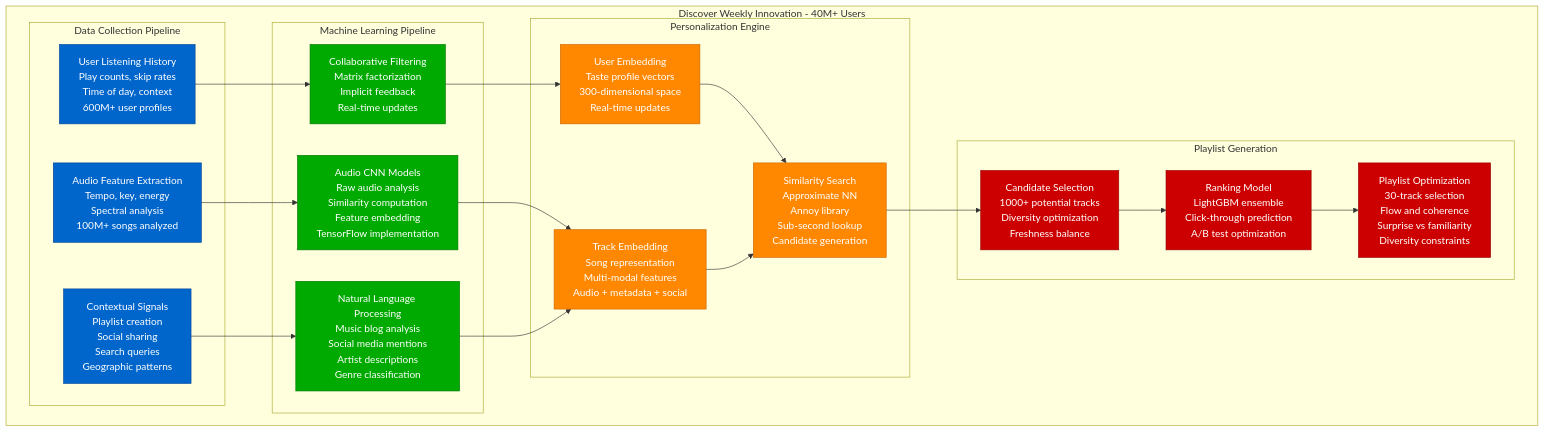
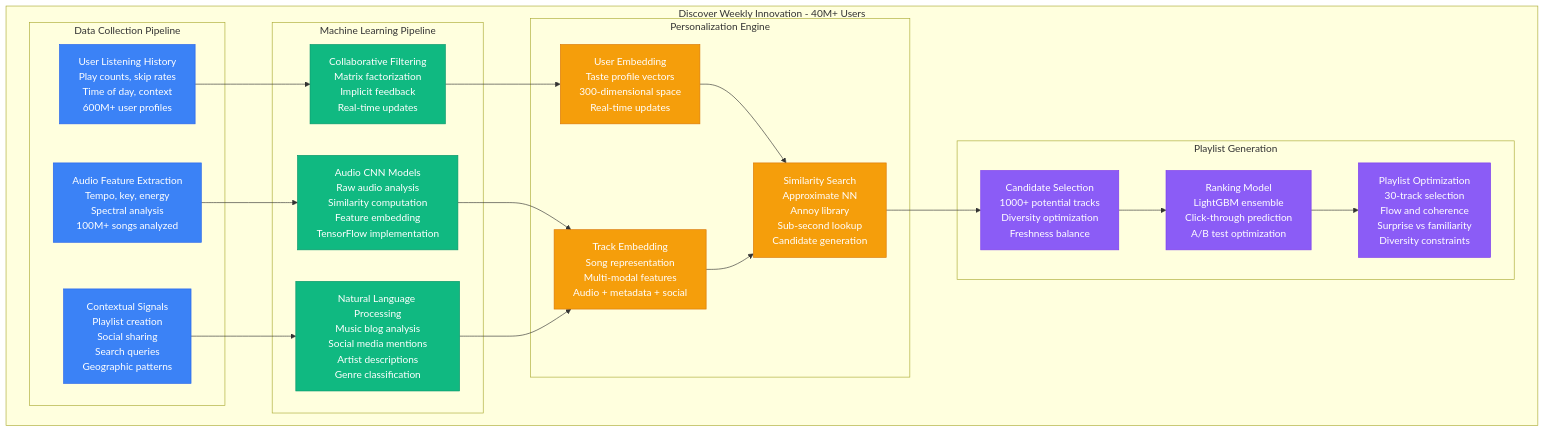
The fourth of 5 diagrams in site/docs/systems/spotify/novel-solutions.md (deepaucksharma/DS), drawn with Mermaid before and after one commit. The commit also changed other lines of this file and 303 other files, not shown here.

````diff
--- a/site/docs/systems/spotify/novel-solutions.md
+++ b/site/docs/systems/spotify/novel-solutions.md
@@ -217,61 +217,61 @@
 ```mermaid
 graph TB
     subgraph DiscoverWeekly[Discover Weekly Innovation - 40M+ Users]
         subgraph DataCollection[Data Collection Pipeline]
             ListeningData[User Listening History<br/>Play counts, skip rates<br/>Time of day, context<br/>600M+ user profiles]
 
             AudioAnalysis[Audio Feature Extraction<br/>Tempo, key, energy<br/>Spectral analysis<br/>100M+ songs analyzed]
 
             ContextualData[Contextual Signals<br/>Playlist creation<br/>Social sharing<br/>Search queries<br/>Geographic patterns]
         end
 
         subgraph MLPipeline[Machine Learning Pipeline]
             CollabFiltering[Collaborative Filtering<br/>Matrix factorization<br/>Implicit feedback<br/>Real-time updates]
 
             NLP[Natural Language Processing<br/>Music blog analysis<br/>Social media mentions<br/>Artist descriptions<br/>Genre classification]
 
             AudioCNN[Audio CNN Models<br/>Raw audio analysis<br/>Similarity computation<br/>Feature embedding<br/>TensorFlow implementation]
         end
 
         subgraph Personalization[Personalization Engine]
             UserEmbedding[User Embedding<br/>Taste profile vectors<br/>300-dimensional space<br/>Real-time updates]
 
             TrackEmbedding[Track Embedding<br/>Song representation<br/>Multi-modal features<br/>Audio + metadata + social]
 
             SimilaritySearch[Similarity Search<br/>Approximate NN<br/>Annoy library<br/>Sub-second lookup<br/>Candidate generation]
         end
 
         subgraph PlaylistGeneration[Playlist Generation]
             CandidateSelection[Candidate Selection<br/>1000+ potential tracks<br/>Diversity optimization<br/>Freshness balance]
 
             RankingModel[Ranking Model<br/>LightGBM ensemble<br/>Click-through prediction<br/>A/B test optimization]
 
             PlaylistOptimization[Playlist Optimization<br/>30-track selection<br/>Flow and coherence<br/>Surprise vs familiarity<br/>Diversity constraints]
         end
     end
 
     ListeningData --> CollabFiltering
     AudioAnalysis --> AudioCNN
     ContextualData --> NLP
 
     CollabFiltering --> UserEmbedding
     AudioCNN --> TrackEmbedding
     NLP --> TrackEmbedding
 
     UserEmbedding --> SimilaritySearch
     TrackEmbedding --> SimilaritySearch
     SimilaritySearch --> CandidateSelection
 
     CandidateSelection --> RankingModel
     RankingModel --> PlaylistOptimization
 
-    classDef dataStyle fill:#0066CC,stroke:#004499,color:#fff
-    classDef mlStyle fill:#00AA00,stroke:#007700,color:#fff
-    classDef personalStyle fill:#FF8800,stroke:#CC6600,color:#fff
-    classDef playlistStyle fill:#CC0000,stroke:#990000,color:#fff
+    classDef dataStyle fill:#3B82F6,stroke:#2563EB,color:#fff
+    classDef mlStyle fill:#10B981,stroke:#059669,color:#fff
+    classDef personalStyle fill:#F59E0B,stroke:#D97706,color:#fff
+    classDef playlistStyle fill:#8B5CF6,stroke:#7C3AED,color:#fff
 
     class ListeningData,AudioAnalysis,ContextualData dataStyle
     class CollabFiltering,NLP,AudioCNN mlStyle
     class UserEmbedding,TrackEmbedding,SimilaritySearch personalStyle
     class CandidateSelection,RankingModel,PlaylistOptimization playlistStyle
 ```
````
